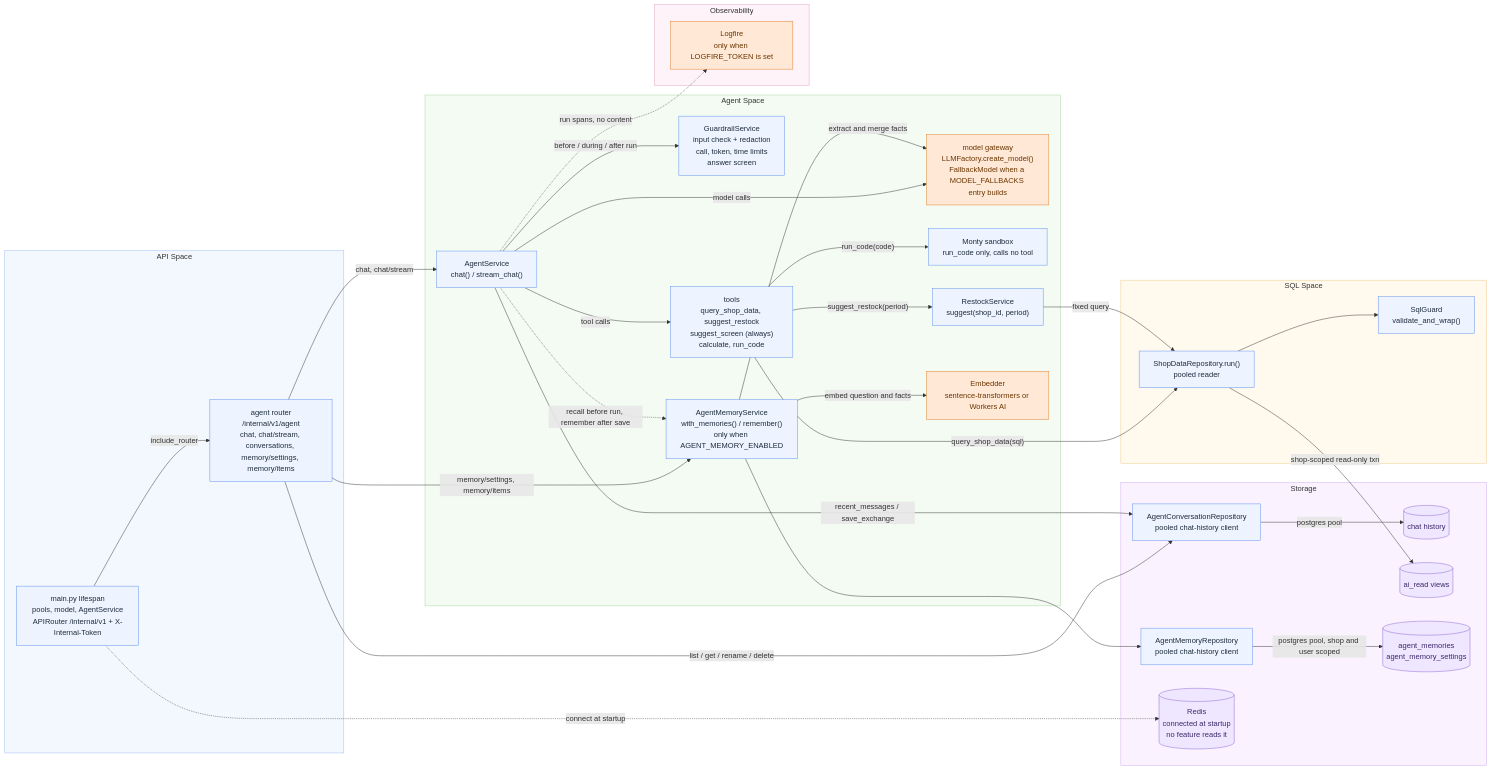
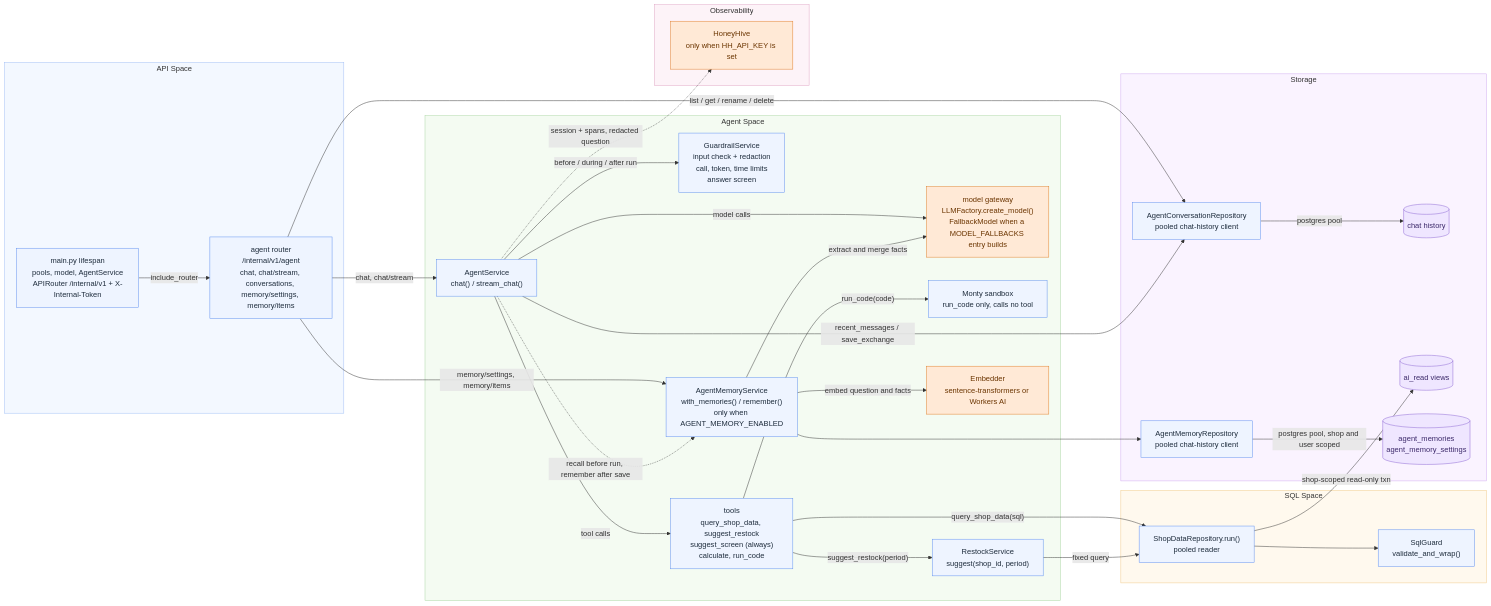
Before and after one commit to miphu2804/smart-ledger: diagram 13 of 14 in docs/architecture/service-walkthrough/README.md, drawn with Mermaid. The commit also changed other lines of this file and 58 other files, not shown here.

````diff
--- a/docs/architecture/service-walkthrough/README.md
+++ b/docs/architecture/service-walkthrough/README.md
@@ -600,70 +600,68 @@
 ```mermaid
 flowchart LR
     subgraph API["API Space"]
         MAIN["main.py lifespan<br/>pools, model, AgentService<br/>APIRouter /internal/v1 + X-Internal-Token"]
         ROUTER["agent router<br/>/internal/v1/agent<br/>chat, chat/stream, conversations, memory/settings, memory/items"]
     end
 
     subgraph Agent["Agent Space"]
         SVC["AgentService<br/>chat() / stream_chat()"]
         GUARD["GuardrailService<br/>input check + redaction<br/>call, token, time limits<br/>answer screen"]
         MODEL["model gateway<br/>LLMFactory.create_model()<br/>FallbackModel when a MODEL_FALLBACKS entry builds"]
         TOOLS["tools<br/>query_shop_data, suggest_restock<br/>suggest_screen (always)<br/>calculate, run_code"]
         SANDBOX["Monty sandbox<br/>run_code only, calls no tool"]
         RESTOCK["RestockService<br/>suggest(shop_id, period)"]
         MEM["AgentMemoryService<br/>with_memories() / remember()<br/>only when AGENT_MEMORY_ENABLED"]
         EMB["Embedder<br/>sentence-transformers or Workers AI"]
     end
 
     subgraph SQL["SQL Space"]
         EXEC["ShopDataRepository.run()<br/>pooled reader"]
         SG["SqlGuard<br/>validate_and_wrap()"]
     end
 
     subgraph Store["Storage"]
         REPO["AgentConversationRepository<br/>pooled chat-history client"]
         PG[("chat history")]
         VIEWS[("ai_read views")]
         MREPO["AgentMemoryRepository<br/>pooled chat-history client"]
         MEMDB[("agent_memories<br/>agent_memory_settings")]
-        REDIS[("Redis<br/>connected at startup<br/>no feature reads it")]
     end
 
     subgraph Obs["Observability"]
-        LF["Logfire<br/>only when LOGFIRE_TOKEN is set"]
+        LF["HoneyHive<br/>only when HH_API_KEY is set"]
     end
 
     MAIN -->|"include_router"| ROUTER
-    MAIN -.->|"connect at startup"| REDIS
     ROUTER -->|"chat, chat/stream"| SVC
     ROUTER -->|"list / get / rename / delete"| REPO
     SVC -->|"before / during / after run"| GUARD
     SVC -->|"model calls"| MODEL
     SVC -->|"tool calls"| TOOLS
     SVC -->|"recent_messages / save_exchange"| REPO
-    SVC -.->|"run spans, no content"| LF
+    SVC -.->|"session + spans, redacted question"| LF
     TOOLS -->|"query_shop_data(sql)"| EXEC
     TOOLS -->|"suggest_restock(period)"| RESTOCK -->|"fixed query"| EXEC
     TOOLS -->|"run_code(code)"| SANDBOX
     EXEC --> SG
     EXEC -->|"shop-scoped read-only txn"| VIEWS
     REPO -->|"postgres pool"| PG
     ROUTER -->|"memory/settings, memory/items"| MEM
     SVC -.->|"recall before run, remember after save"| MEM
     MEM -->|"embed question and facts"| EMB
     MEM -->|"extract and merge facts"| MODEL
     MEM --> MREPO -->|"postgres pool, shop and user scoped"| MEMDB
     classDef default fill:#eef4ff,stroke:#5b8def,color:#1f2d3d
     classDef decision fill:#fff4cc,stroke:#d4a017,color:#5c4400
     classDef error fill:#fde2e1,stroke:#d9534f,color:#8a1f1b
     classDef terminal fill:#dff5e3,stroke:#3c9d5d,color:#1e5631
     classDef store fill:#efe6ff,stroke:#8a63d2,color:#3d2a6b
     classDef shared fill:#ffe9d6,stroke:#e07b24,color:#6b3500
-    class PG,VIEWS,REDIS,MEMDB store
+    class PG,VIEWS,MEMDB store
     class MODEL,LF,EMB shared
     style API fill:#f3f8ff,stroke:#9dbcf5
     style Agent fill:#f4fbf2,stroke:#a8d5a2
     style SQL fill:#fff9ee,stroke:#f0c987
     style Store fill:#faf3ff,stroke:#cfa8f0
     style Obs fill:#fdf3f8,stroke:#e0a3c4
 ```
````
